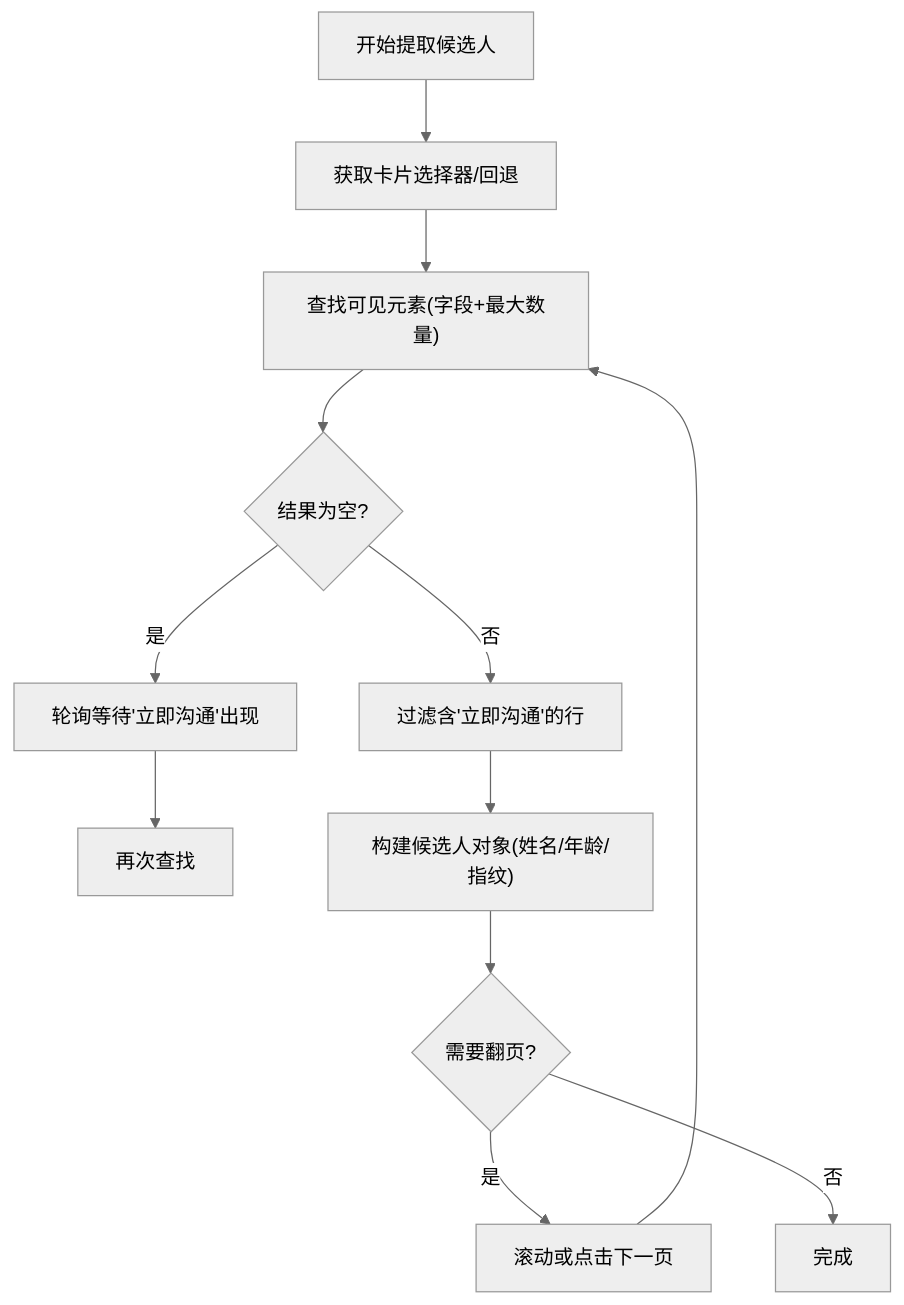
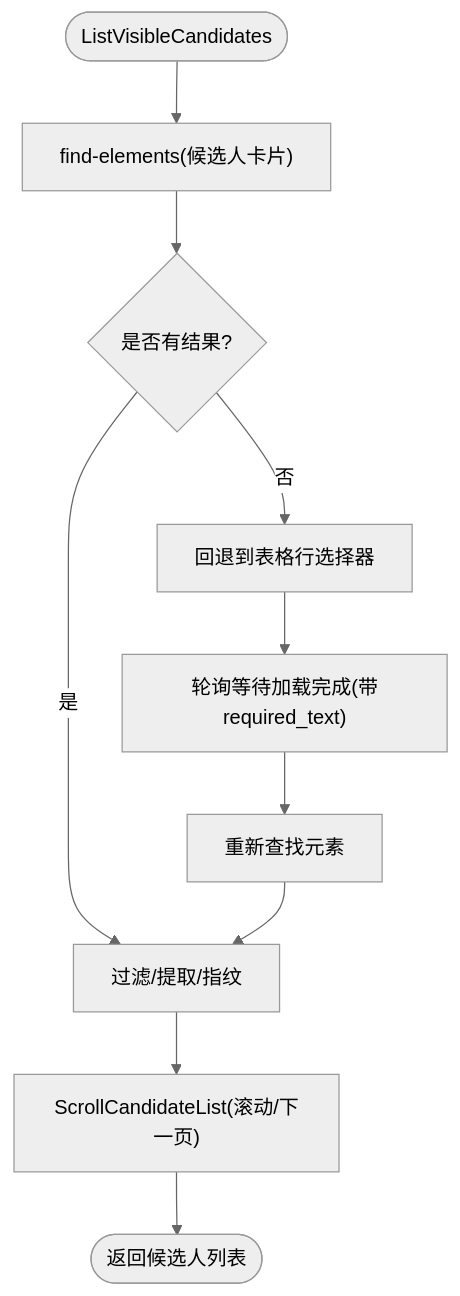
Before and after one commit to alvinwangzi/goodhr: the fifth of 9 diagrams in .qoder/repowiki/zh/content/本地执行器/平台适配器/猎聘适配器/猎聘适配器.md, drawn with Mermaid (neutral theme). The commit also changed other lines of this file and 149 other files, not shown here.

````diff
--- a/.qoder/repowiki/zh/content/本地执行器/平台适配器/猎聘适配器/猎聘适配器.md
+++ b/.qoder/repowiki/zh/content/本地执行器/平台适配器/猎聘适配器/猎聘适配器.md
@@ -185,14 +200,12 @@
 ```mermaid
 flowchart TD
-LStart["开始提取候选人"] --> GetSel["获取卡片选择器/回退"]
-GetSel --> Fetch["查找可见元素(字段+最大数量)"]
-Fetch --> Empty{"结果为空?"}
-Empty --> |是| Poll["轮询等待'立即沟通'出现"]
-Poll --> Fetch2["再次查找"]
-Empty --> |否| Filter["过滤含'立即沟通'的行"]
-Filter --> Build["构建候选人对象(姓名/年龄/指纹)"]
-Build --> Next{"需要翻页?"}
-Next --> |是| ScrollNext["滚动或点击下一页"]
-Next --> |否| Done["完成"]
-ScrollNext --> Fetch
+Start(["ListVisibleCandidates"]) --> FindElements["find-elements(候选人卡片)"]
+FindElements --> HasItems{"是否有结果?"}
+HasItems -- 否 --> Fallback["回退到表格行选择器"]
+Fallback --> PollWait["轮询等待加载完成(带required_text)"]
+PollWait --> ReFind["重新查找元素"]
+HasItems -- 是 --> Process["过滤/提取/指纹"]
+ReFind --> Process
+Process --> ScrollNext["ScrollCandidateList(滚动/下一页)"]
+ScrollNext --> End(["返回候选人列表"])
 ```
````
